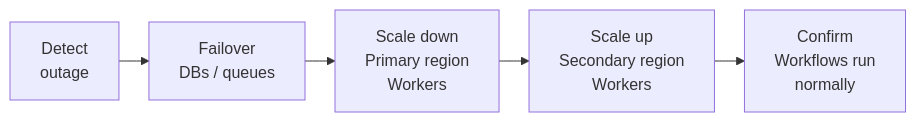
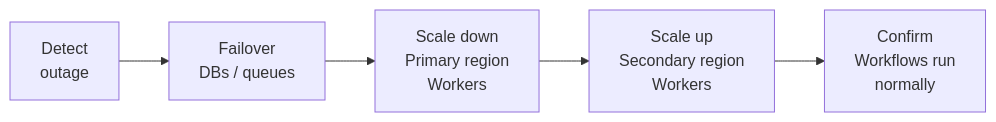
One commit to temporalio/documentation changed the seventh of 15 diagrams in docs/cloud/high-availability/architecture-patterns.mdx. Above: the diagram before and after it, drawn with Mermaid. The commit also changed other lines of this file and 15 other files, not shown here.

First line of the commit message:
Refactor Mermaid diagrams for improved clarity and consistency across documentation

````diff
--- a/docs/cloud/high-availability/architecture-patterns.mdx
+++ b/docs/cloud/high-availability/architecture-patterns.mdx
@@ -320,10 +304,9 @@
 ```mermaid
-%%{init: {'themeVariables':{'fontFamily':'Inter, ui-sans-serif, system-ui, sans-serif','edgeLabelBackground':'transparent'},'flowchart':{'nodeSpacing':18,'rankSpacing':30,'curve':'basis'}}}%%
 flowchart LR
     FS1["Detect<br/>outage"]
     FS3["Failover<br/>DBs / queues"]
     FS4["Scale down<br/>Primary region<br/>Workers"]
     FS5["Scale up<br/>Secondary region<br/>Workers"]
     FS6["Confirm<br/>Workflows run<br/>normally"]
     FS1 --> FS3 --> FS4 --> FS5 --> FS6
 ```
````
